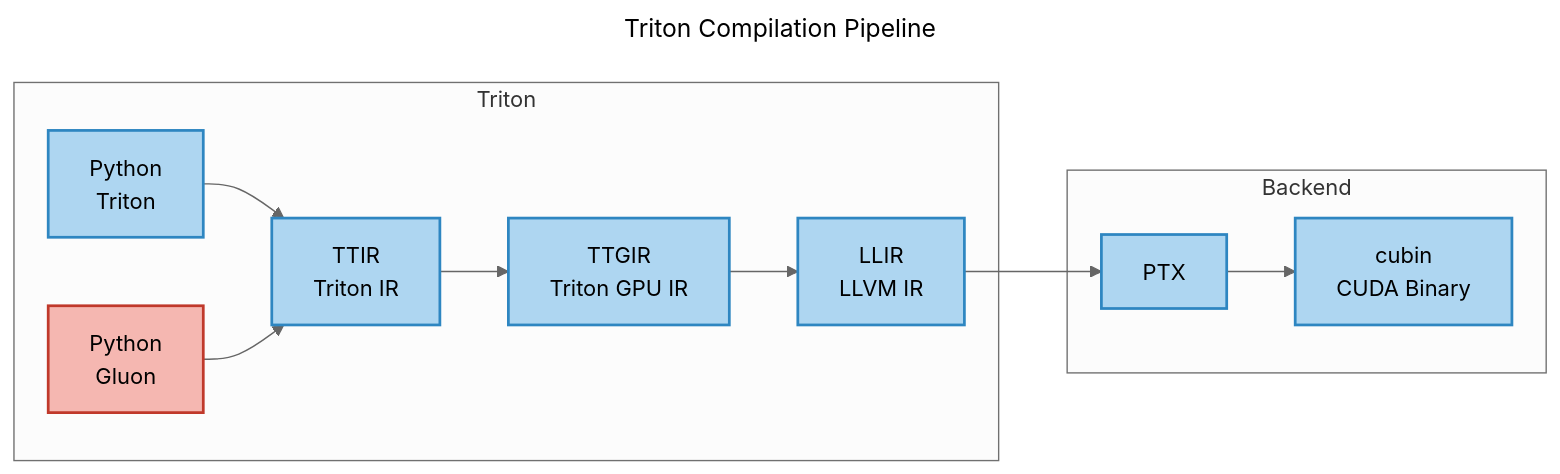
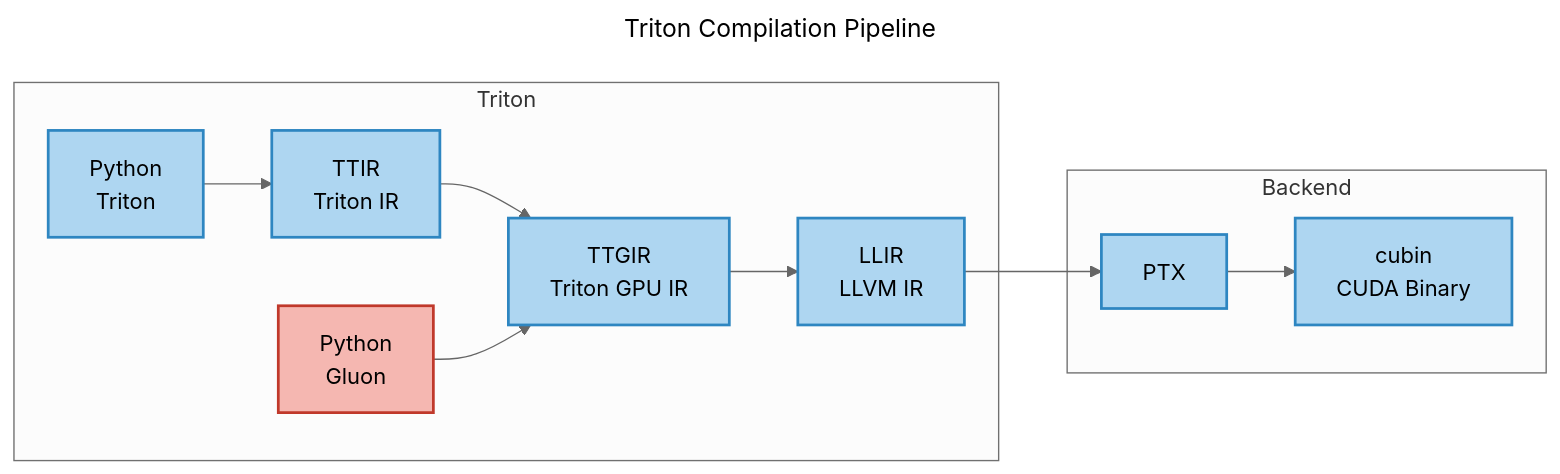
One commit to toyaix/triton-runner changed the diagram in README.md. Above: the diagram before and after it, drawn with Mermaid (neutral theme).

Commit message:
update multi-level execution

````diff
--- a/README.md
+++ b/README.md
@@ -52,21 +52,22 @@
 ```mermaid
 ---
 title: Triton Compilation Pipeline
 ---
 flowchart LR
 
     subgraph Triton
         A["Python<br>Triton"]:::supported --> B["TTIR<br>Triton IR"]:::supported
-        Gluon["Python<br>Gluon"]:::unsupported --> B
         B --> C["TTGIR<br>Triton GPU IR"]:::supported
         C --> D["LLIR<br>LLVM IR"]:::supported
+
+        Gluon["Python<br>Gluon"]:::unsupported --> C
     end
 
     subgraph Backend
         D --> E["PTX"]:::supported
         E --> F["cubin<br>CUDA Binary"]:::supported
     end
 
     classDef supported fill:#AED6F1,stroke:#2E86C1,stroke-width:2px,color:#000000;
     classDef unsupported fill:#F5B7B1,stroke:#C0392B,stroke-width:2px,color:#000000;
 ```
````
